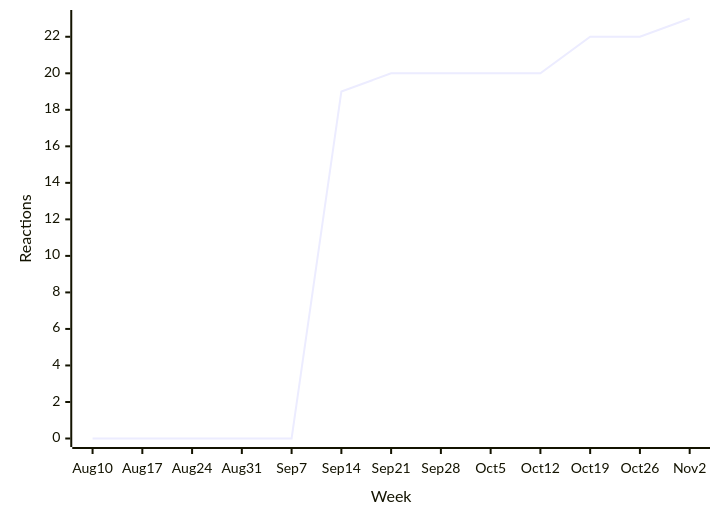
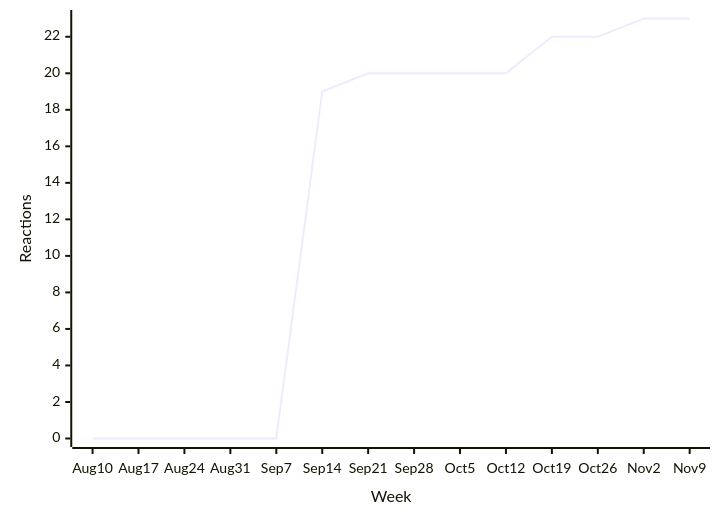
Before and after one commit to loic-sharma/github-insights: the fifth of 38 diagrams in README.md, drawn with Mermaid. The commit also changed other lines of this file and 3 other files, not shown here.

````diff
--- a/README.md
+++ b/README.md
@@ -409,6 +392,6 @@
   ```mermaid
   xychart-beta
-    x-axis "Week" [Aug 10, Aug 17, Aug 24, Aug 31, Sep 7, Sep 14, Sep 21, Sep 28, Oct 5, Oct 12, Oct 19, Oct 26, Nov 2]
+    x-axis "Week" [Aug 10, Aug 17, Aug 24, Aug 31, Sep 7, Sep 14, Sep 21, Sep 28, Oct 5, Oct 12, Oct 19, Oct 26, Nov 2, Nov 9]
     y-axis "Reactions"
-    line [0, 0, 0, 0, 0, 19, 20, 20, 20, 20, 22, 22, 23]
+    line [0, 0, 0, 0, 0, 19, 20, 20, 20, 20, 22, 22, 23, 23]
   ```
````
